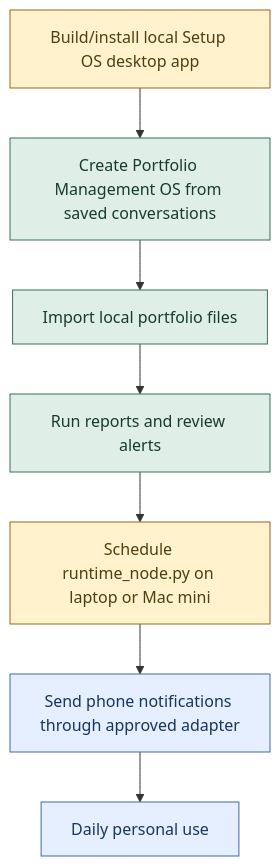
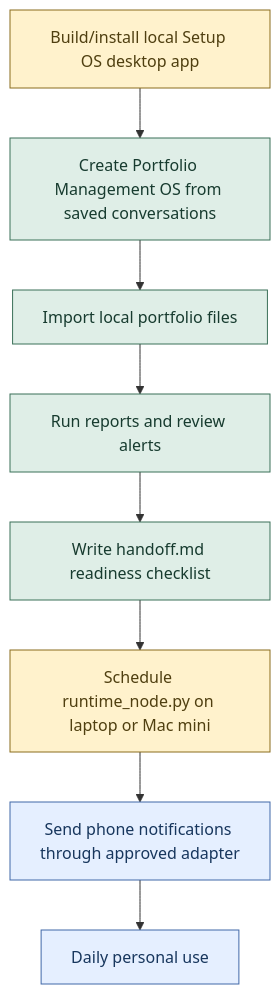
The third of 4 diagrams in docs/development-release-timeline.md (setup-os-labs/setup-os), drawn with Mermaid before and after one commit. The commit also changed other lines of this file and 3 other files, not shown here.

Commit message:
Refresh timeline after handoff loop

````diff
--- a/docs/development-release-timeline.md
+++ b/docs/development-release-timeline.md
@@ -64,21 +65,23 @@
 ```mermaid
 flowchart TD
     A["Build/install local Setup OS desktop app"] --> B["Create Portfolio Management OS from saved conversations"]
     B --> C["Import local portfolio files"]
     C --> D["Run reports and review alerts"]
-    D --> E["Schedule runtime_node.py on laptop or Mac mini"]
-    E --> F["Send phone notifications through approved adapter"]
-    F --> G["Daily personal use"]
+    D --> E["Write handoff.md readiness checklist"]
+    E --> F["Schedule runtime_node.py on laptop or Mac mini"]
+    F --> G["Send phone notifications through approved adapter"]
+    G --> H["Daily personal use"]
 
     A:::next
     B:::mostly
     C:::mostly
     D:::mostly
-    E:::next
-    F:::later
+    E:::mostly
+    F:::next
     G:::later
+    H:::later
 
     classDef mostly fill:#dfeee7,stroke:#3b7058,color:#173b2f;
     classDef next fill:#fff2cc,stroke:#8a6d1d,color:#4f3f10;
     classDef later fill:#e5efff,stroke:#4169a8,color:#17365d;
 ```
````
